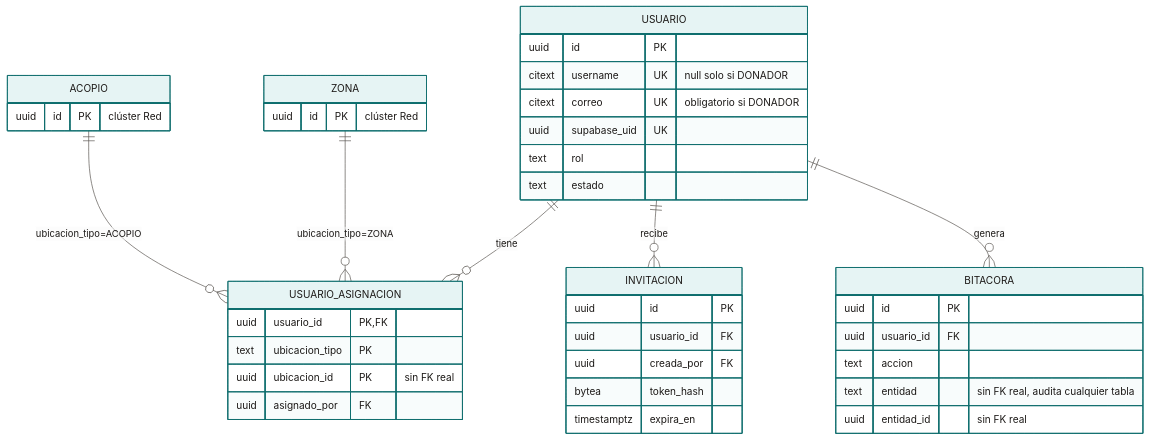
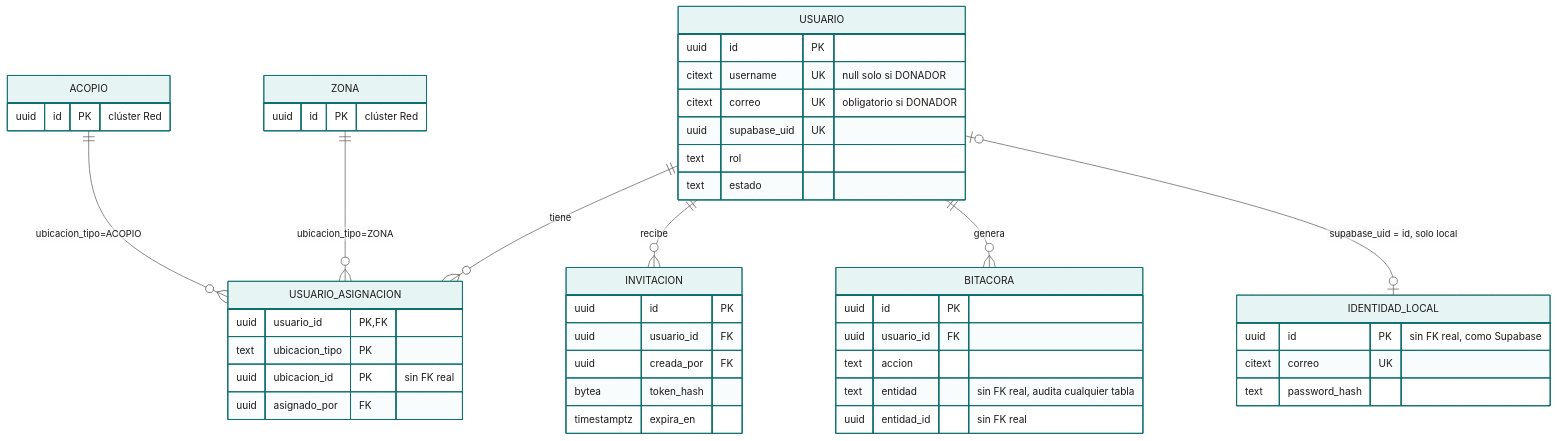
Before and after one commit to Proyecto-IngSoftware/acopio: the diagram in docs/02-arquitectura/diagramas/mmd/er-07-identidad.mmd, drawn with Mermaid. The commit also changed 30 other files, not shown here.

```diff
--- a/docs/02-arquitectura/diagramas/mmd/er-07-identidad.mmd
+++ b/docs/02-arquitectura/diagramas/mmd/er-07-identidad.mmd
@@ -1,42 +1,48 @@
 %%{init: {"theme":"base","themeVariables":{"fontFamily":"Inter, Segoe UI, Arial, sans-serif","fontSize":"15px","primaryColor":"#E6F4F4","primaryTextColor":"#1C1917","primaryBorderColor":"#0F6E6E","secondaryColor":"#C7E8E8","tertiaryColor":"#FAFAF9","lineColor":"#57534E","textColor":"#1C1917","mainBkg":"#E6F4F4","nodeBorder":"#0F6E6E","clusterBkg":"#F5F5F4","clusterBorder":"#A8A29E","edgeLabelBackground":"#FFFFFF","attributeBackgroundColorOdd":"#FFFFFF","attributeBackgroundColorEven":"#F5F5F4"},"er":{"useMaxWidth":false},"flowchart":{"useMaxWidth":false,"htmlLabels":true,"curve":"basis"}}}%%
 erDiagram
     USUARIO ||--o{ USUARIO_ASIGNACION : tiene
     ACOPIO  ||--o{ USUARIO_ASIGNACION : "ubicacion_tipo=ACOPIO"
     ZONA    ||--o{ USUARIO_ASIGNACION : "ubicacion_tipo=ZONA"
     USUARIO ||--o{ INVITACION : recibe
     USUARIO ||--o{ BITACORA : genera
+    USUARIO |o--o| IDENTIDAD_LOCAL : "supabase_uid = id, solo local"
 
     ACOPIO {
         uuid id PK "clúster Red"
     }
     ZONA {
         uuid id PK "clúster Red"
     }
     USUARIO {
         uuid id PK
         citext username UK "null solo si DONADOR"
         citext correo UK "obligatorio si DONADOR"
         uuid supabase_uid UK
         text rol
         text estado
     }
     USUARIO_ASIGNACION {
         uuid usuario_id PK,FK
         text ubicacion_tipo PK
         uuid ubicacion_id PK "sin FK real"
         uuid asignado_por FK
     }
     INVITACION {
         uuid id PK
         uuid usuario_id FK
         uuid creada_por FK
         bytea token_hash
         timestamptz expira_en
     }
     BITACORA {
         uuid id PK
         uuid usuario_id FK
         text accion
         text entidad "sin FK real, audita cualquier tabla"
         uuid entidad_id "sin FK real"
     }
+    IDENTIDAD_LOCAL {
+        uuid id PK "sin FK real, como Supabase"
+        citext correo UK
+        text password_hash
+    }
```
